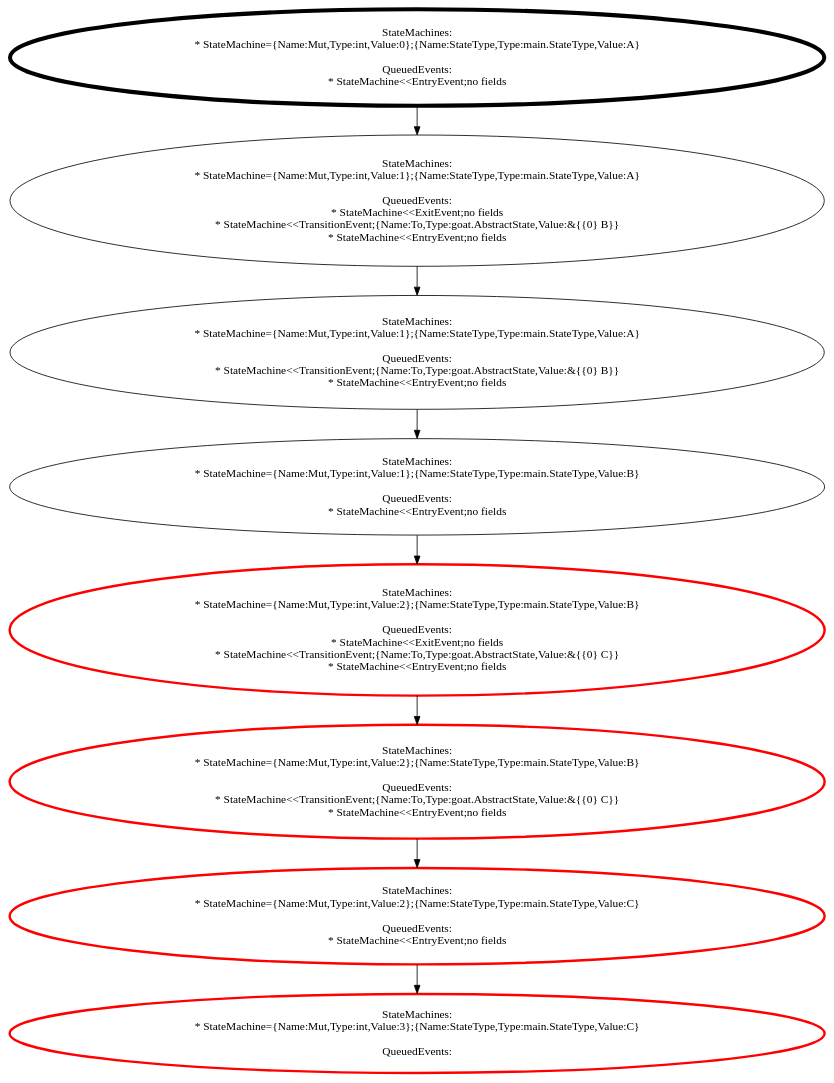
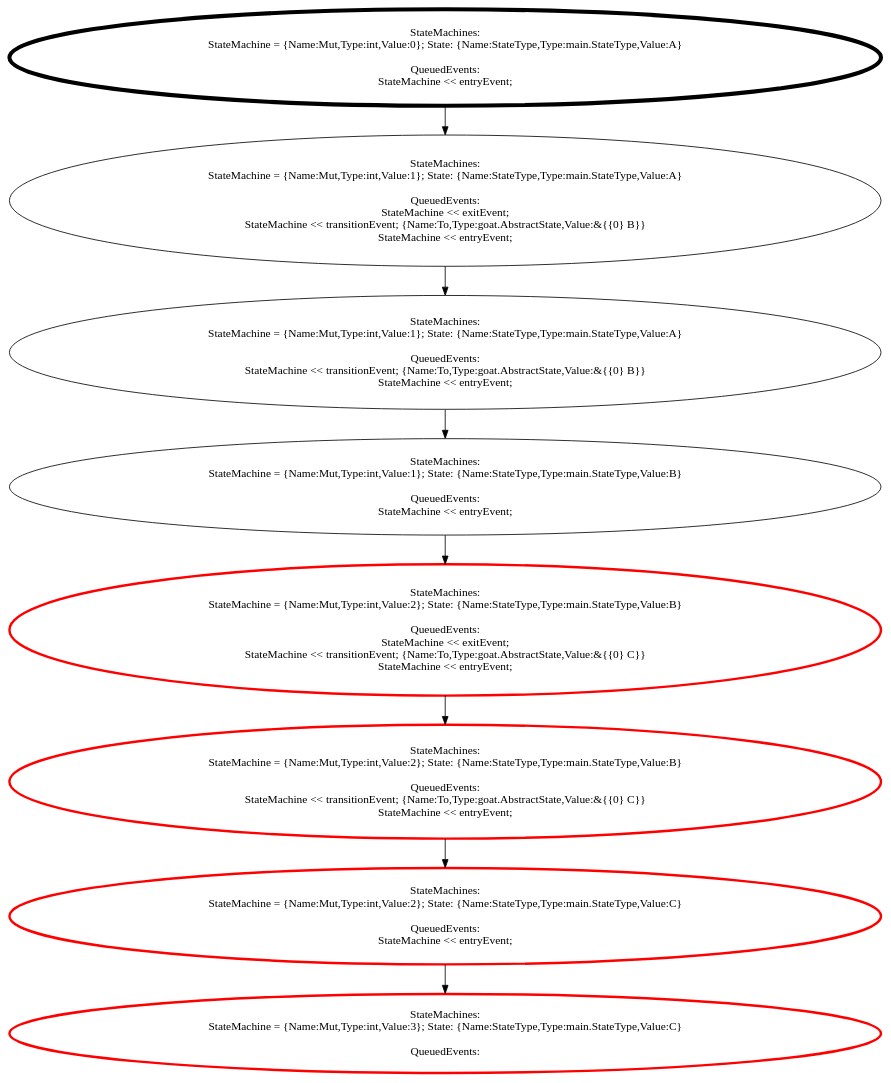
The diagram in example/simple-transition/diagram.dot (hono0130/goat), drawn with Graphviz before and after one commit. The commit also changed 27 other files, not shown here.

Commit message:
refactor: regenerate example diagrams and add WriteDot utility

```diff
--- a/example/simple-transition/diagram.dot
+++ b/example/simple-transition/diagram.dot
@@ -1,59 +1,59 @@
 digraph {
-  8911339139857591373 [ label="StateMachines:
-* StateMachine={Name:Mut,Type:int,Value:1};{Name:StateType,Type:main.StateType,Value:B}
+  857836209921096945 [ label="StateMachines:
+StateMachine = {Name:Mut,Type:int,Value:2}; State: {Name:StateType,Type:main.StateType,Value:C}
 
 QueuedEvents:
-* StateMachine<<EntryEvent;no fields" ];
-  15533644446788294699 [ label="StateMachines:
-* StateMachine={Name:Mut,Type:int,Value:2};{Name:StateType,Type:main.StateType,Value:B}
+StateMachine << entryEvent;" ];
+  857836209921096945 [ color=red, penwidth=3 ];
+  1960329270333910849 [ label="StateMachines:
+StateMachine = {Name:Mut,Type:int,Value:1}; State: {Name:StateType,Type:main.StateType,Value:B}
 
 QueuedEvents:
-* StateMachine<<ExitEvent;no fields
-* StateMachine<<TransitionEvent;{Name:To,Type:goat.AbstractState,Value:&{{0} C}}
-* StateMachine<<EntryEvent;no fields" ];
-  15533644446788294699 [ color=red, penwidth=3 ];
-  3961213157694457601 [ label="StateMachines:
-* StateMachine={Name:Mut,Type:int,Value:3};{Name:StateType,Type:main.StateType,Value:C}
+StateMachine << entryEvent;" ];
+  3987276887090901495 [ label="StateMachines:
+StateMachine = {Name:Mut,Type:int,Value:2}; State: {Name:StateType,Type:main.StateType,Value:B}
+
+QueuedEvents:
+StateMachine << exitEvent;
+StateMachine << transitionEvent; {Name:To,Type:goat.AbstractState,Value:&{{0} C}}
+StateMachine << entryEvent;" ];
+  3987276887090901495 [ color=red, penwidth=3 ];
+  5277167961608379654 [ label="StateMachines:
+StateMachine = {Name:Mut,Type:int,Value:1}; State: {Name:StateType,Type:main.StateType,Value:A}
+
+QueuedEvents:
+StateMachine << exitEvent;
+StateMachine << transitionEvent; {Name:To,Type:goat.AbstractState,Value:&{{0} B}}
+StateMachine << entryEvent;" ];
+  12584546932387734379 [ label="StateMachines:
+StateMachine = {Name:Mut,Type:int,Value:3}; State: {Name:StateType,Type:main.StateType,Value:C}
 
 QueuedEvents:" ];
-  3961213157694457601 [ color=red, penwidth=3 ];
-  11051984779209966317 [ label="StateMachines:
-* StateMachine={Name:Mut,Type:int,Value:0};{Name:StateType,Type:main.StateType,Value:A}
+  12584546932387734379 [ color=red, penwidth=3 ];
+  12694363019802379037 [ label="StateMachines:
+StateMachine = {Name:Mut,Type:int,Value:0}; State: {Name:StateType,Type:main.StateType,Value:A}
 
 QueuedEvents:
-* StateMachine<<EntryEvent;no fields" ];
-  11051984779209966317 [ penwidth=5 ];
-  2356670893530048470 [ label="StateMachines:
-* StateMachine={Name:Mut,Type:int,Value:2};{Name:StateType,Type:main.StateType,Value:B}
+StateMachine << entryEvent;" ];
+  12694363019802379037 [ penwidth=5 ];
+  15725610466176215872 [ label="StateMachines:
+StateMachine = {Name:Mut,Type:int,Value:2}; State: {Name:StateType,Type:main.StateType,Value:B}
 
 QueuedEvents:
-* StateMachine<<TransitionEvent;{Name:To,Type:goat.AbstractState,Value:&{{0} C}}
-* StateMachine<<EntryEvent;no fields" ];
-  2356670893530048470 [ color=red, penwidth=3 ];
-  16399079221516314249 [ label="StateMachines:
-* StateMachine={Name:Mut,Type:int,Value:2};{Name:StateType,Type:main.StateType,Value:C}
+StateMachine << transitionEvent; {Name:To,Type:goat.AbstractState,Value:&{{0} C}}
+StateMachine << entryEvent;" ];
+  15725610466176215872 [ color=red, penwidth=3 ];
+  15781793150171186101 [ label="StateMachines:
+StateMachine = {Name:Mut,Type:int,Value:1}; State: {Name:StateType,Type:main.StateType,Value:A}
 
 QueuedEvents:
-* StateMachine<<EntryEvent;no fields" ];
-  16399079221516314249 [ color=red, penwidth=3 ];
-  5081797476766332418 [ label="StateMachines:
-* StateMachine={Name:Mut,Type:int,Value:1};{Name:StateType,Type:main.StateType,Value:A}
-
-QueuedEvents:
-* StateMachine<<ExitEvent;no fields
-* StateMachine<<TransitionEvent;{Name:To,Type:goat.AbstractState,Value:&{{0} B}}
-* StateMachine<<EntryEvent;no fields" ];
-  11358107461462134347 [ label="StateMachines:
-* StateMachine={Name:Mut,Type:int,Value:1};{Name:StateType,Type:main.StateType,Value:A}
-
-QueuedEvents:
-* StateMachine<<TransitionEvent;{Name:To,Type:goat.AbstractState,Value:&{{0} B}}
-* StateMachine<<EntryEvent;no fields" ];
-  5081797476766332418 -> 11358107461462134347;
-  11358107461462134347 -> 8911339139857591373;
-  8911339139857591373 -> 15533644446788294699;
-  15533644446788294699 -> 2356670893530048470;
-  2356670893530048470 -> 16399079221516314249;
-  16399079221516314249 -> 3961213157694457601;
-  11051984779209966317 -> 5081797476766332418;
+StateMachine << transitionEvent; {Name:To,Type:goat.AbstractState,Value:&{{0} B}}
+StateMachine << entryEvent;" ];
+  857836209921096945 -> 12584546932387734379;
+  1960329270333910849 -> 3987276887090901495;
+  3987276887090901495 -> 15725610466176215872;
+  5277167961608379654 -> 15781793150171186101;
+  12694363019802379037 -> 5277167961608379654;
+  15725610466176215872 -> 857836209921096945;
+  15781793150171186101 -> 1960329270333910849;
 }
```
